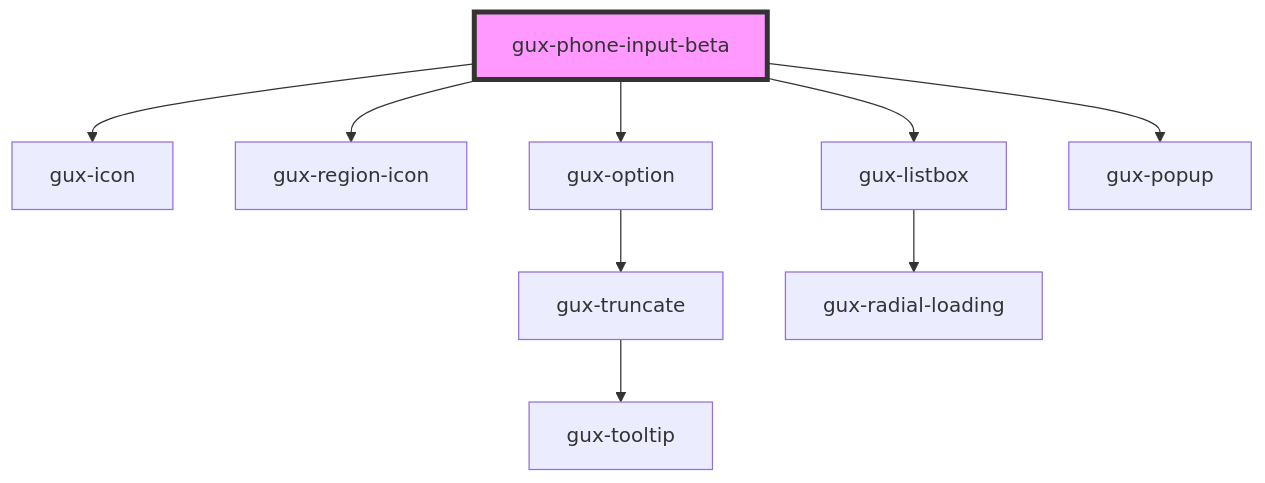
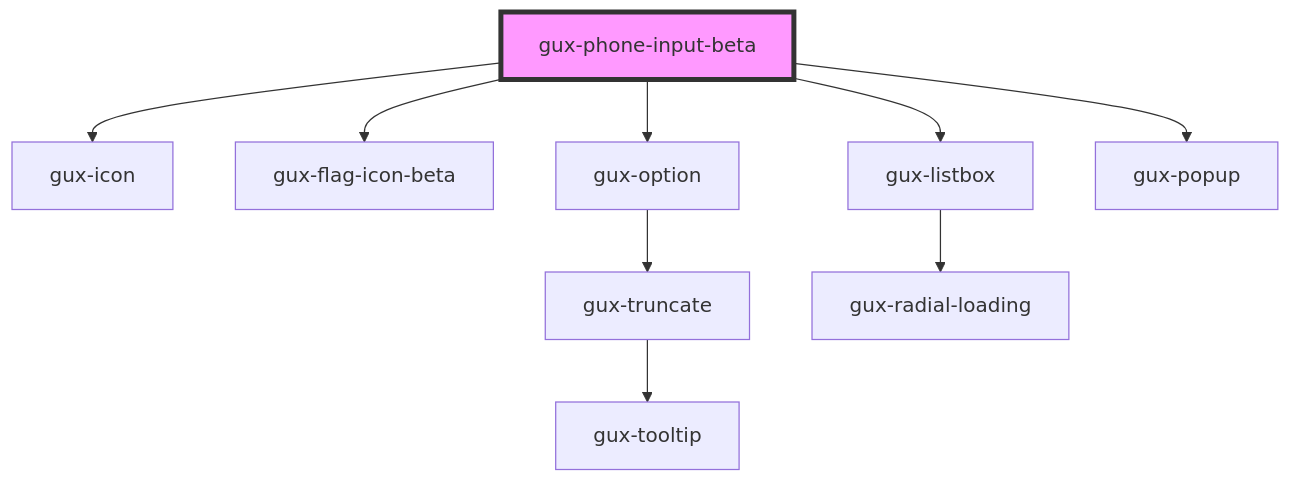
The diagram in packages/genesys-spark-components/src/components/beta/gux-phone-input/readme.md (MyPureCloud/genesys-spark), drawn with Mermaid before and after one commit. The commit also changed other lines of this file and 514 other files, not shown here.

First line of the commit message:
feat(flags-icon): added new flag icon component

````diff
--- a/packages/genesys-spark-components/src/components/beta/gux-phone-input/readme.md
+++ b/packages/genesys-spark-components/src/components/beta/gux-phone-input/readme.md
@@ -112,12 +112,12 @@
 ```mermaid
 graph TD;
   gux-phone-input-beta --> gux-icon
-  gux-phone-input-beta --> gux-region-icon
+  gux-phone-input-beta --> gux-flag-icon-beta
   gux-phone-input-beta --> gux-option
   gux-phone-input-beta --> gux-listbox
   gux-phone-input-beta --> gux-popup
   gux-option --> gux-truncate
   gux-truncate --> gux-tooltip
   gux-listbox --> gux-radial-loading
   style gux-phone-input-beta fill:#f9f,stroke:#333,stroke-width:4px
 ```
````
